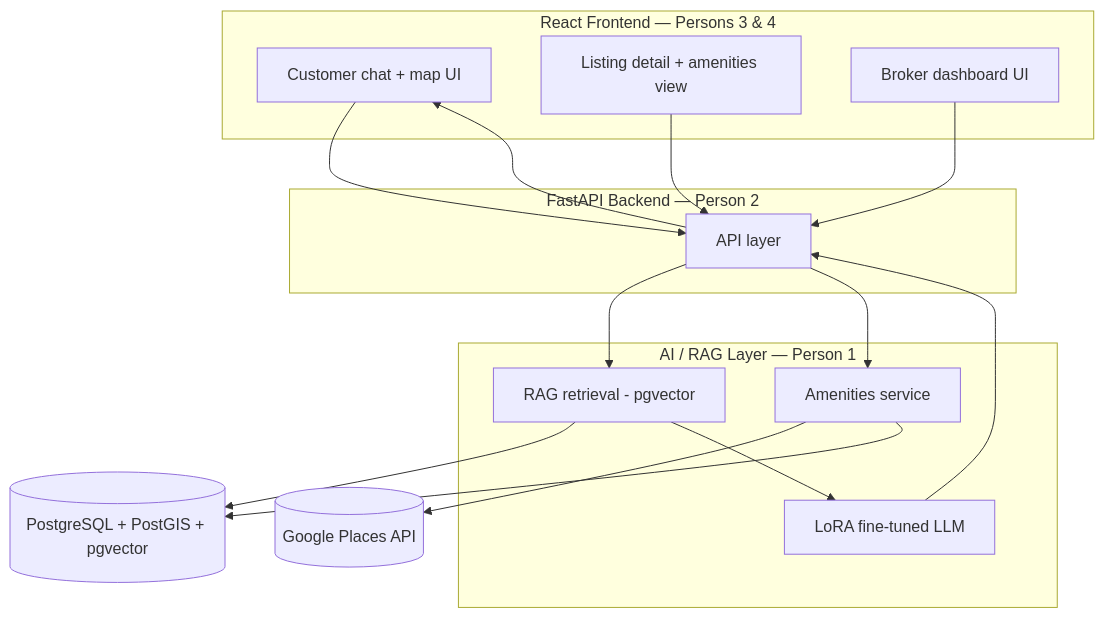
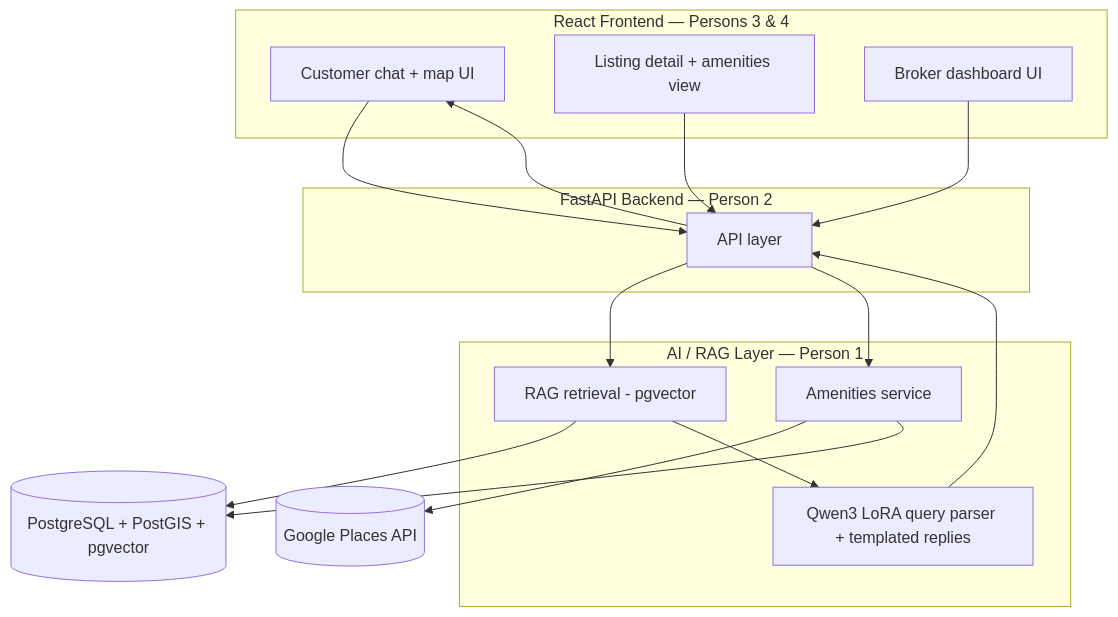
Before and after one commit to harshpasiya/Reality-AI: the diagram in README.md, drawn with Mermaid. The commit also changed other lines of this file and 16 other files, not shown here.

First line of the commit message:
Integrate Qwen3 NLU into retrieval and replace generated replies

````diff
--- a/README.md
+++ b/README.md
@@ -42,33 +42,33 @@
 ```mermaid
 flowchart TD
     subgraph Frontend["React Frontend — Persons 3 & 4"]
         CUI[Customer chat + map UI]
         LDV[Listing detail + amenities view]
         BUI[Broker dashboard UI]
     end
 
     subgraph Backend["FastAPI Backend — Person 2"]
         API[API layer]
     end
 
     subgraph AI["AI / RAG Layer — Person 1"]
         RAG[RAG retrieval - pgvector]
-        LLM[LoRA fine-tuned LLM]
+        LLM[Qwen3 LoRA query parser + templated replies]
         AMN[Amenities service]
     end
 
     EXT[(Google Places API)]
     DB[(PostgreSQL + PostGIS + pgvector)]
 
     CUI --> API
     LDV --> API
     BUI --> API
     API --> RAG
     RAG --> DB
     RAG --> LLM
     LLM --> API
     API --> AMN
     AMN --> EXT
     AMN --> DB
     API --> CUI
 ```
````
